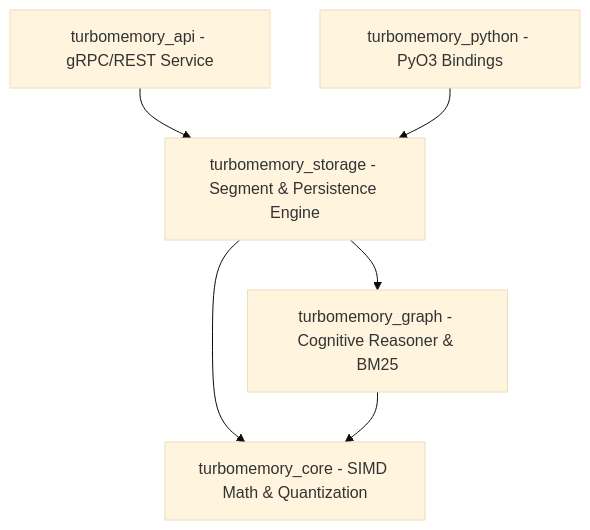
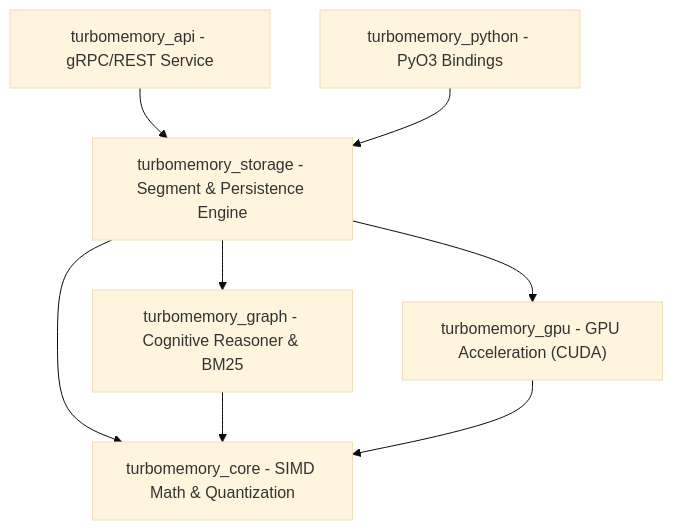
One commit to jatin711-debug/TurboSupermemory changed the first of 6 diagrams in docs/architecture.md. Above: the diagram before and after it, drawn with Mermaid (base theme). The commit also changed other lines of this file and 22 other files, not shown here.

First line of the commit message:
feat: Add demo script for TurboSuperMemory showcasing memory features and GPU acceleration documentation

````diff
--- a/docs/architecture.md
+++ b/docs/architecture.md
@@ -13,8 +13,10 @@
 ```mermaid
 graph TD
     api["turbomemory_api - gRPC/REST Service"] --> storage["turbomemory_storage - Segment & Persistence Engine"]
     python["turbomemory_python - PyO3 Bindings"] --> storage
     storage --> graph_crate["turbomemory_graph - Cognitive Reasoner & BM25"]
     storage --> core["turbomemory_core - SIMD Math & Quantization"]
+    storage --> gpu["turbomemory_gpu - GPU Acceleration (CUDA)"]
     graph_crate --> core
+    gpu --> core
 ```
````
